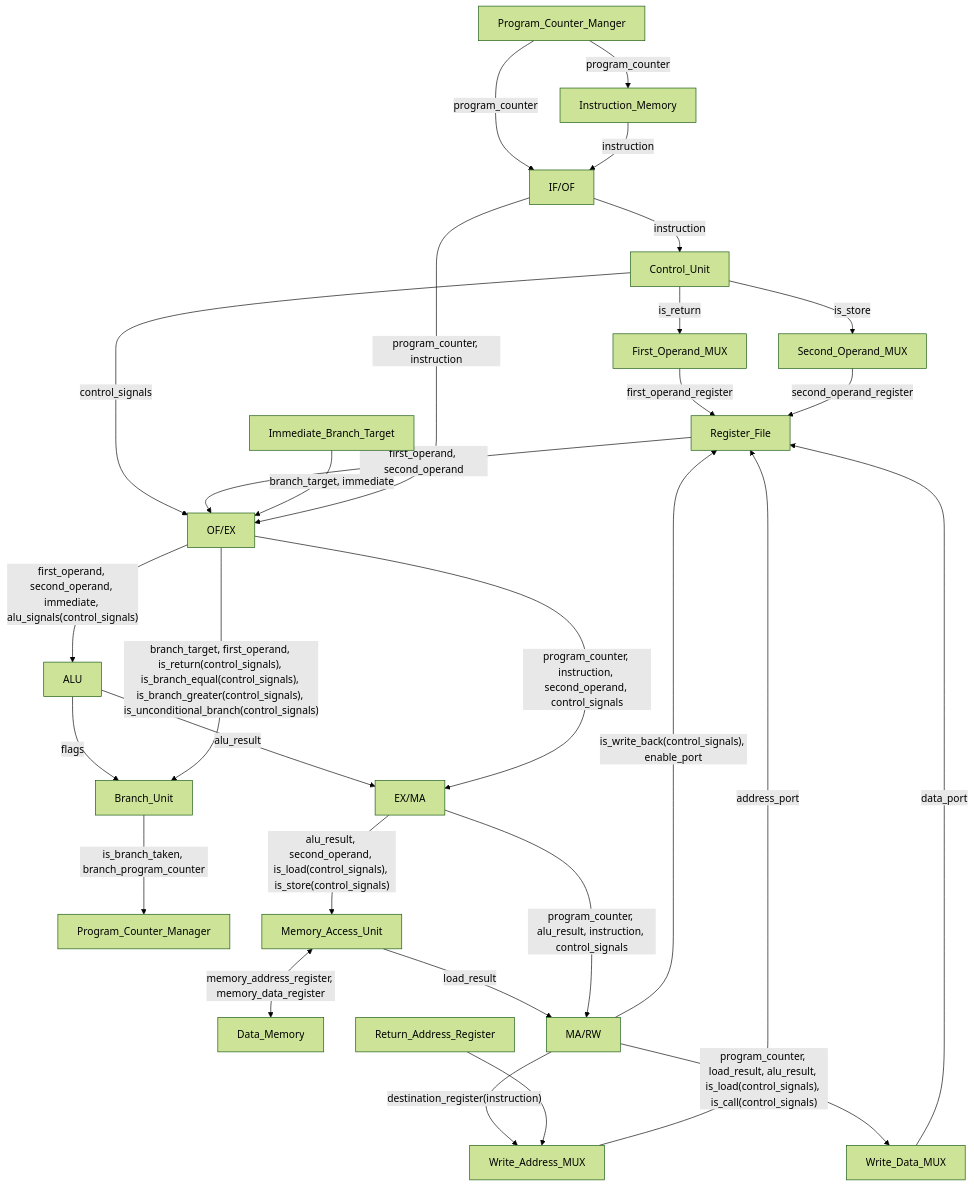
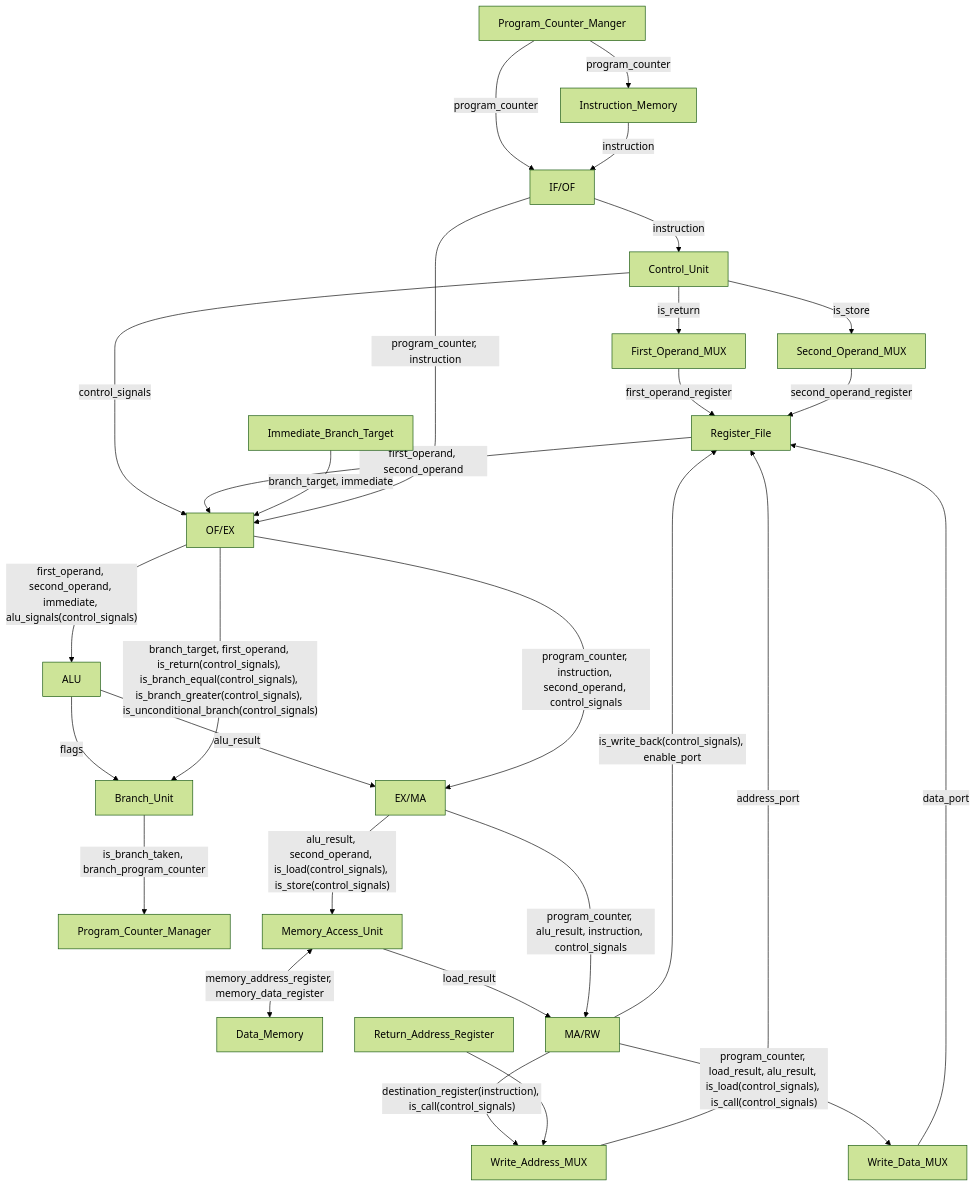
One commit to brave-art-37/SimpleRISC changed the diagram in architecture.md. Above: the diagram before and after it, drawn with Mermaid (forest theme). The commit also changed 3 other files, not shown here.

Commit message:
finalised the architecture flowchart

````diff
--- a/architecture.md
+++ b/architecture.md
@@ -3,40 +3,40 @@
 ```mermaid
 flowchart TB
     %% IF
     Program_Counter_Manger --> |"program_counter"| Instruction_Memory
     Program_Counter_Manger --> |"program_counter"| IF/OF
     Instruction_Memory --> |"instruction"| IF/OF
 
     %% OF
     IF/OF --> |"instruction"| Control_Unit
     Control_Unit --> |"is_return"| First_Operand_MUX
     Control_Unit --> |"is_store"| Second_Operand_MUX
     First_Operand_MUX --> |"first_operand_register"| Register_File
     Second_Operand_MUX --> |"second_operand_register"| Register_File
     Control_Unit --> |"control_signals"| OF/EX
     Register_File --> |"first_operand, second_operand"| OF/EX
     Immediate_Branch_Target --> |"branch_target, immediate"| OF/EX
     IF/OF --> |"program_counter, instruction"| OF/EX
 
     %% EX
     OF/EX --> |"first_operand, second_operand, immediate, alu_signals(control_signals)"| ALU
     ALU --> |"alu_result"| EX/MA
     ALU --> |"flags"| Branch_Unit
     OF/EX --> |"branch_target, first_operand, is_return(control_signals), is_branch_equal(control_signals), is_branch_greater(control_signals), is_unconditional_branch(control_signals)"| Branch_Unit
     Branch_Unit --> |"is_branch_taken, branch_program_counter"| Program_Counter_Manager
     OF/EX --> |"program_counter, instruction, second_operand, control_signals"| EX/MA 
 
     %% MA
     EX/MA --> |"alu_result, second_operand, is_load(control_signals), is_store(control_signals)"| Memory_Access_Unit
     Memory_Access_Unit <--> |"memory_address_register, memory_data_register"| Data_Memory
     Memory_Access_Unit --> |"load_result"| MA/RW
     EX/MA --> |"program_counter, alu_result, instruction, control_signals"| MA/RW
 
     %% RW
-    MA/RW --> |"destination_register(instruction)"| Write_Address_MUX
+    MA/RW --> |"destination_register(instruction), is_call(control_signals)"| Write_Address_MUX
     Return_Address_Register --> Write_Address_MUX
     Write_Address_MUX --> |"address_port"| Register_File
     MA/RW --> |"program_counter, load_result, alu_result, is_load(control_signals), is_call(control_signals)"| Write_Data_MUX
     Write_Data_MUX --> |"data_port"| Register_File
     MA/RW --> |"is_write_back(control_signals), enable_port"| Register_File
 ```
````
